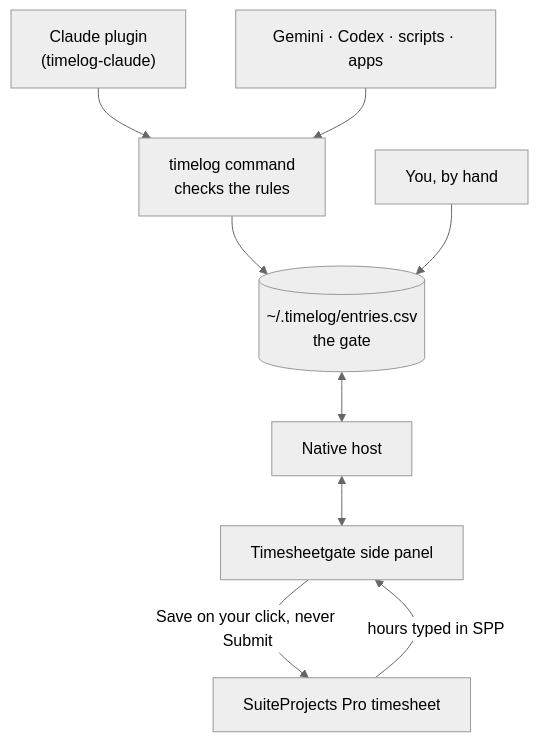
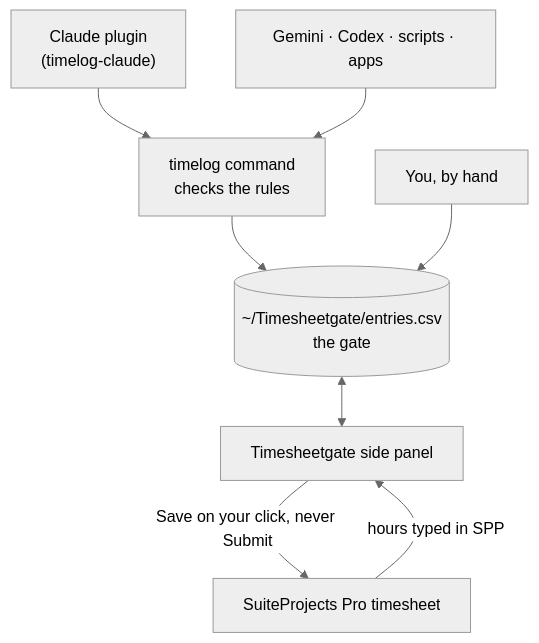
The diagram in README.md (sedojj/timesheetgate), drawn with Mermaid (neutral theme) before and after one commit. The commit also changed other lines of this file and 20 other files, not shown here.

First line of the commit message:
feat: the panel reads the data folder itself; no native host

````diff
--- a/README.md
+++ b/README.md
@@ -15,11 +17,10 @@
 ```mermaid
 flowchart TD
   claude["Claude plugin<br/>(timelog-claude)"] --> cli
   agents["Gemini · Codex · scripts · apps"] --> cli
   cli["timelog command<br/>checks the rules"] --> file
   you["You, by hand"] --> file
-  file[("~/.timelog/entries.csv<br/>the gate")] <--> host["Native host"]
-  host <--> panel["Timesheetgate side panel"]
+  file[("~/Timesheetgate/entries.csv<br/>the gate")] <--> panel["Timesheetgate side panel"]
   panel -- "Save on your click, never Submit" --> spp["SuiteProjects Pro timesheet"]
   spp -- "hours typed in SPP" --> panel
 ```
````
